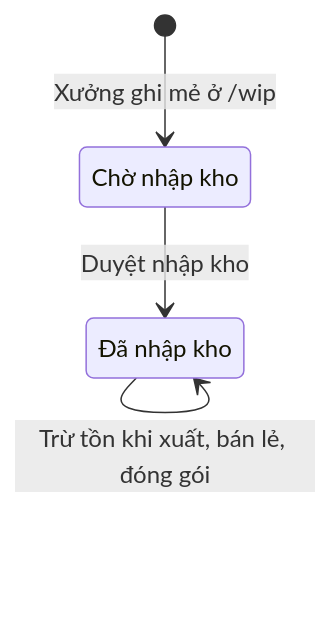
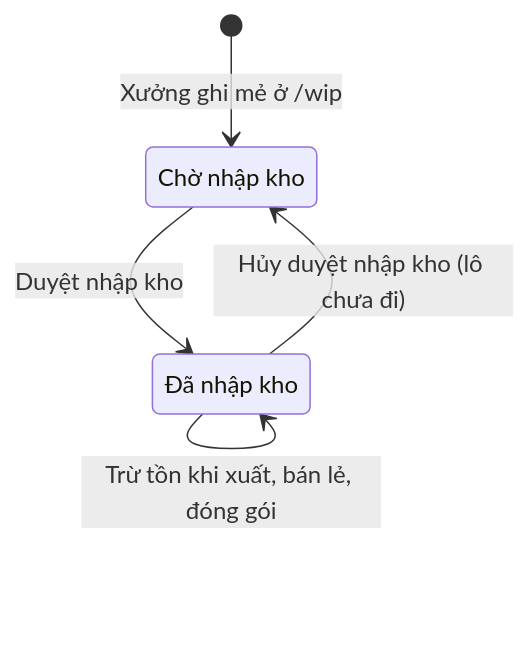
One commit to hoainxm/baseafood changed the first of 3 diagrams in docs/workflows/warehouse.md. Above: the diagram before and after it, drawn with Mermaid. The commit also changed other lines of this file and 21 other files, not shown here.

````diff
--- a/docs/workflows/warehouse.md
+++ b/docs/workflows/warehouse.md
@@ -16,8 +16,9 @@
 ```mermaid
 stateDiagram-v2
   [*] --> pending: Xưởng ghi mẻ ở /wip
   pending --> stocked: Duyệt nhập kho
+  stocked --> pending: Hủy duyệt nhập kho (lô chưa đi)
   stocked --> stocked: Trừ tồn khi xuất, bán lẻ, đóng gói
   state "Chờ nhập kho" as pending
   state "Đã nhập kho" as stocked
 ```
````
